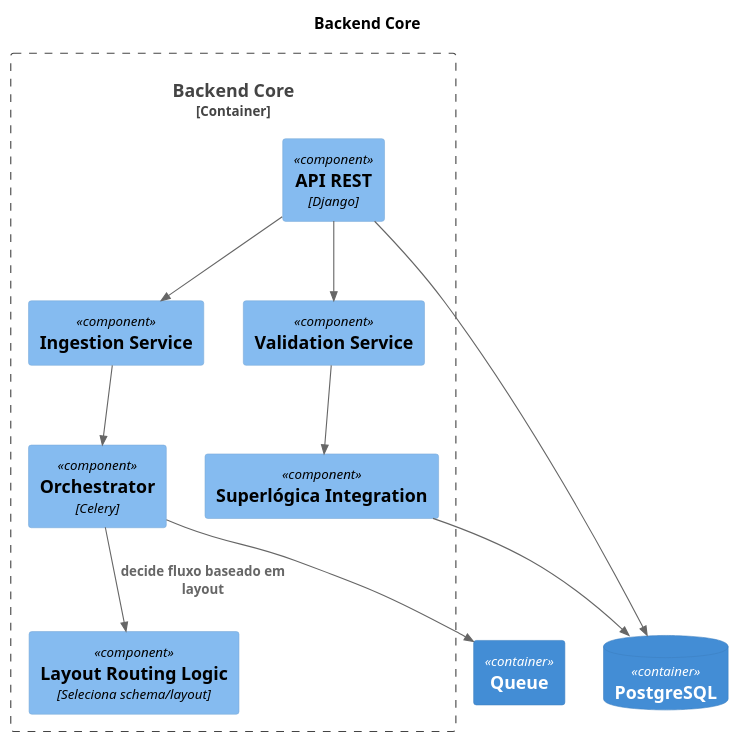
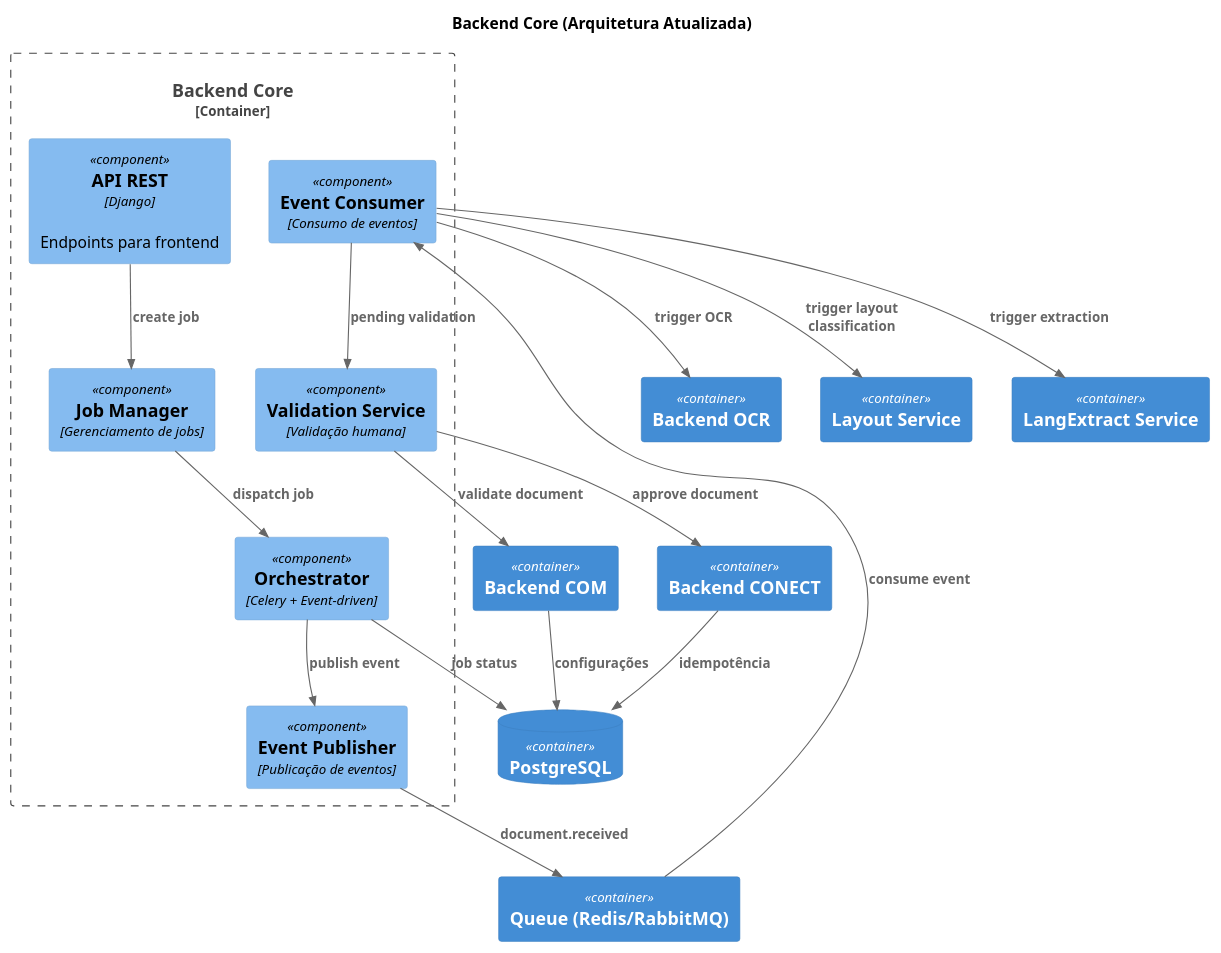
One commit to InnoVoxAI/docuparser changed the diagram in docs/specs/backend_core.puml. Above: the diagram before and after it, drawn with PlantUML. The commit also changed 6 other files, not shown here.

```diff
--- a/docs/specs/backend_core.puml
+++ b/docs/specs/backend_core.puml
@@ -1,28 +1,42 @@
 @startuml
 !includeurl https://raw.githubusercontent.com/plantuml-stdlib/C4-PlantUML/master/C4_Component.puml
 
-title Backend Core
+title Backend Core (Arquitetura Atualizada)
 
 Container_Boundary(core, "Backend Core") {
 
-    Component(api, "API REST", "Django")
-    Component(ingestion, "Ingestion Service")
-    Component(orchestrator, "Orchestrator", "Celery")
-    Component(validation, "Validation Service")
-    Component(layout_router, "Layout Routing Logic", "Seleciona schema/layout")
-    Component(integration, "Superlógica Integration")
+    Component(api, "API REST", "Django", "Endpoints para frontend")
+    Component(job_manager, "Job Manager", "Gerenciamento de jobs")
+    Component(orchestrator, "Orchestrator", "Celery + Event-driven")
+    Component(validation, "Validation Service", "Validação humana")
+    Component(event_publisher, "Event Publisher", "Publicação de eventos")
+    Component(event_consumer, "Event Consumer", "Consumo de eventos")
 }
 
+Container(com, "Backend COM")
+Container(conect, "Backend CONECT")
+Container(ocr, "Backend OCR")
+Container(layout, "Layout Service")
+Container(langextract, "LangExtract Service")
 ContainerDb(db, "PostgreSQL")
-Container(queue, "Queue")
+Container(queue, "Queue (Redis/RabbitMQ)")
 
-Rel(api, ingestion, "")
-Rel(api, validation, "")
-Rel(ingestion, orchestrator, "")
-Rel(orchestrator, queue, "")
-Rel(orchestrator, layout_router, "decide fluxo baseado em layout")
-Rel(validation, integration, "")
-Rel(integration, db, "")
-Rel(api, db, "")
+Rel(api, job_manager, "create job")
+Rel(job_manager, orchestrator, "dispatch job")
+Rel(orchestrator, event_publisher, "publish event")
+Rel(event_publisher, queue, "document.received")
+
+Rel(queue, event_consumer, "consume event")
+Rel(event_consumer, ocr, "trigger OCR")
+Rel(event_consumer, layout, "trigger layout classification")
+Rel(event_consumer, langextract, "trigger extraction")
+Rel(event_consumer, validation, "pending validation")
+
+Rel(validation, com, "validate document")
+Rel(validation, conect, "approve document")
+
+Rel(com, db, "configurações")
+Rel(conect, db, "idempotência")
+Rel(orchestrator, db, "job status")
 
 @enduml
```
